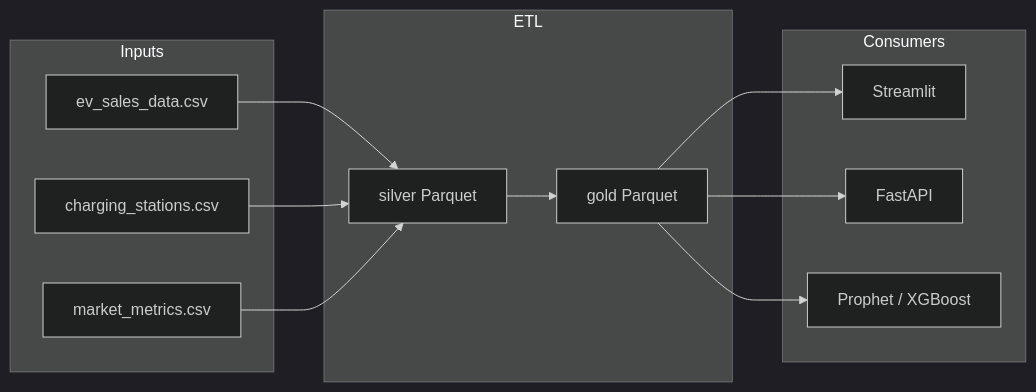
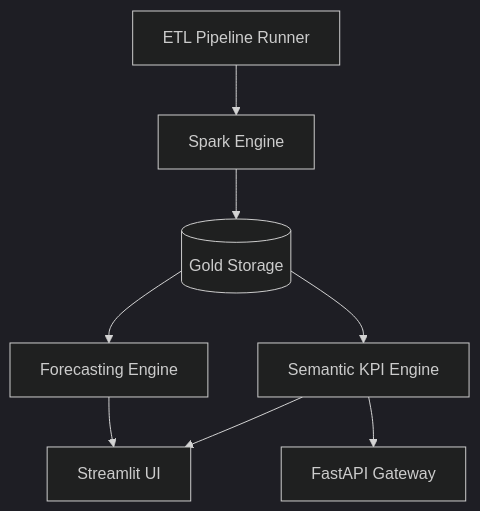
The second of 2 diagrams in README.md (prachichoudhary2004/EV-Intelligence-Analytics-Platform), drawn with Mermaid (dark theme) before and after one commit. The commit also changed other lines of this file and 2 other files, not shown here.

Commit message:
docs: Update README with architecture diagrams and technical deep-dives

````diff
--- a/README.md
+++ b/README.md
@@ -157,24 +50,13 @@
 ```mermaid
-flowchart LR
-  subgraph inputs [Inputs]
-    B1[ev_sales_data.csv]
-    B2[charging_stations.csv]
-    B3[market_metrics.csv]
-  end
-  subgraph etl [ETL]
-    S[silver Parquet]
-    G[gold Parquet]
-  end
-  subgraph consumers [Consumers]
-    ST[Streamlit]
-    API[FastAPI]
-    ML[Prophet / XGBoost]
-  end
-  B1 --> S
-  B2 --> S
-  B3 --> S
-  S --> G
-  G --> ST
-  G --> API
-  G --> ML
+graph TD
+    Pipeline[ETL Pipeline Runner] --> Spark[Spark Engine]
+    Spark --> Gold[(Gold Storage)]
+    
+    Gold --> KPI[Semantic KPI Engine]
+    Gold --> ML[Forecasting Engine]
+    
+    KPI --> Dashboard[Streamlit UI]
+    ML --> Dashboard
+    
+    KPI --> API[FastAPI Gateway]
 ```
````
